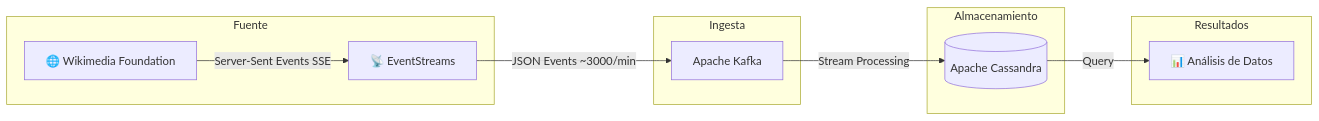
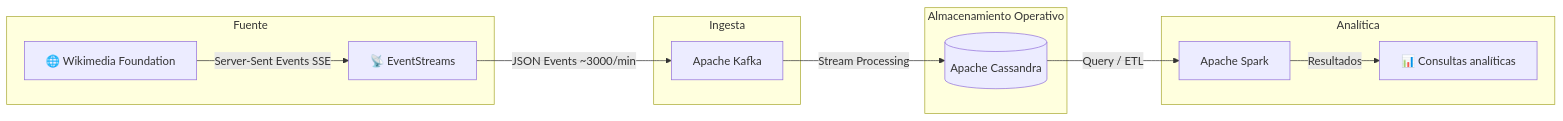
One commit to bdnr-proyecto-final/ProyectoFinal-Eqp1 changed the diagram in README.md. Above: the diagram before and after it, drawn with Mermaid. The commit also changed other lines of this file, not shown here.

````diff
--- a/README.md
+++ b/README.md
@@ -5,24 +35,26 @@
-  ```mermaid                                                                                                                                                                                                   
-  flowchart LR                                                                                                                                                                                                 
-      A[🌐 Wikimedia Foundation] -->|Server-Sent Events SSE| B[📡 EventStreams]                                                                                                                                
-      B -->|JSON Events ~3000/min| C[Apache Kafka]                                                                                                                                                             
-      C -->|Stream Processing| D[(Apache Cassandra)]                                                                                                                                                           
-      D -->|Query| E[📊 Análisis de Datos]                                                                                                                                                                     
-                                                                                                                                                                                                               
-      subgraph Fuente                                                                                                                                                                                          
-          A                                                                                                                                                                                                    
-          B                                                                                                                                                                                                    
-      end         
+```mermaid
+flowchart LR
+    A[🌐 Wikimedia Foundation] -->|Server-Sent Events SSE| B[📡 EventStreams]
+    B -->|JSON Events ~3000/min| C[Apache Kafka]
+    C -->|Stream Processing| D[(Apache Cassandra)]
+    D -->|Query / ETL| E[Apache Spark]
+    E -->|Resultados| F[📊 Consultas analíticas]
 
-      subgraph Ingesta
-          C
-      end                                                                                                                                                                                                      
-   
-      subgraph Almacenamiento                                                                                                                                                                                  
-          D       
-      end                                                                                                                                                                                                      
-                  
-      subgraph Resultados
-          E
-      end
-  ```               
+    subgraph Fuente
+        A
+        B
+    end
+
+    subgraph Ingesta
+        C
+    end
+
+    subgraph Almacenamiento Operativo
+        D
+    end
+
+    subgraph Analítica
+        E
+        F
+    end
+```
````
